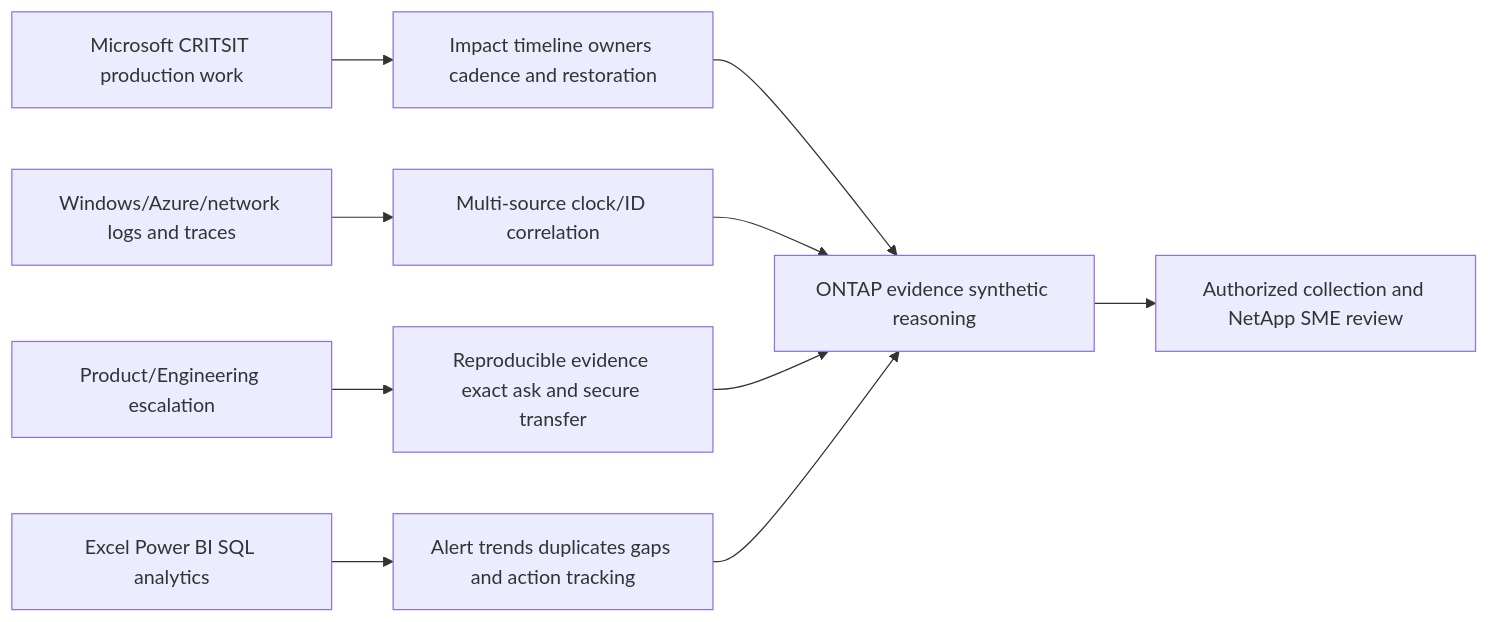
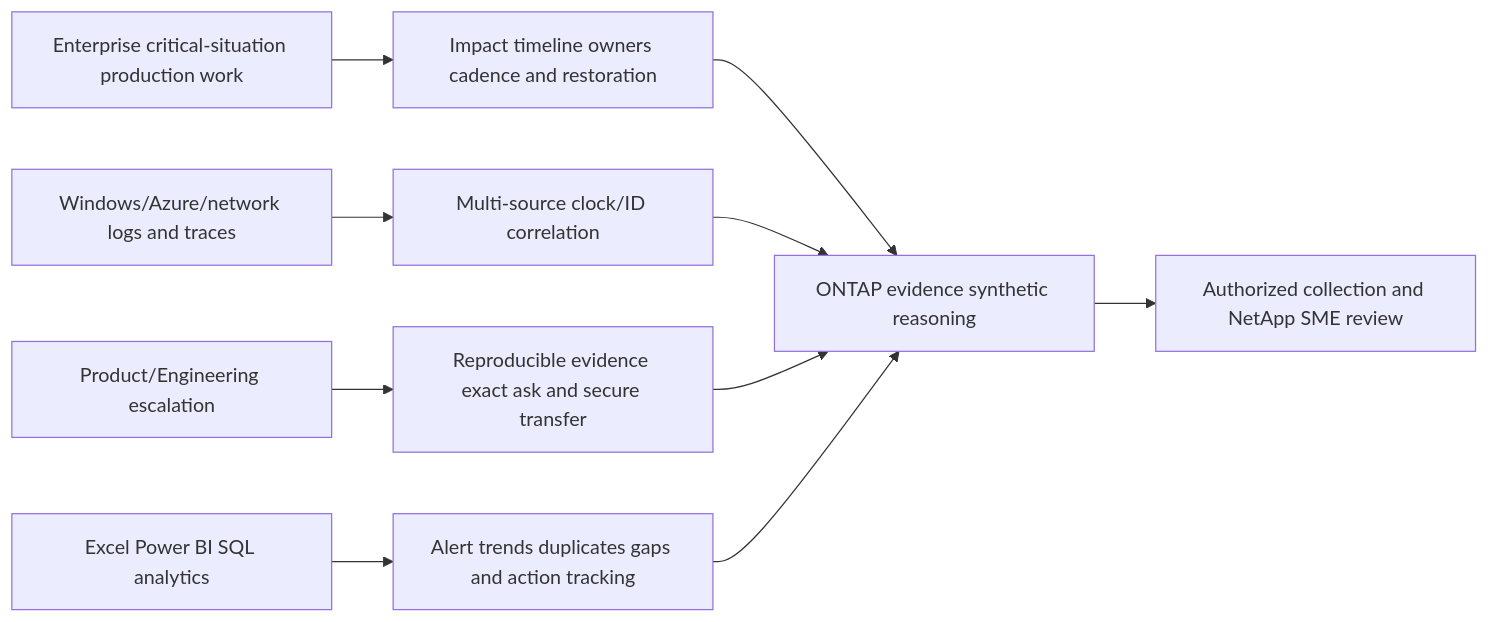
Diagram 25 of 26 in NetApp TAM/prep/Part-25-ontap-ems-logs-audit-evidence.md (hichauhan-in/Interview-Prep), drawn with Mermaid before and after one commit. The commit also changed other lines of this file and 493 other files, not shown here.

````diff
--- a/NetApp TAM/prep/Part-25-ontap-ems-logs-audit-evidence.md
+++ b/NetApp TAM/prep/Part-25-ontap-ems-logs-audit-evidence.md
@@ -789,12 +789,12 @@
 ```mermaid
 flowchart LR
-    CRIT[Microsoft CRITSIT production work] --> TL[Impact timeline owners cadence and restoration]
+    CRIT[Enterprise critical-situation production work] --> TL[Impact timeline owners cadence and restoration]
     ETW[Windows/Azure/network logs and traces] --> CORR[Multi-source clock/ID correlation]
     PG[Product/Engineering escalation] --> PACK[Reproducible evidence exact ask and secure transfer]
     BI[Excel Power BI SQL analytics] --> TREND[Alert trends duplicates gaps and action tracking]
     TL --> ONTAP[ONTAP evidence synthetic reasoning]
     CORR --> ONTAP
     PACK --> ONTAP
     TREND --> ONTAP
     ONTAP --> LAB[Authorized collection and NetApp SME review]
 ```
````
